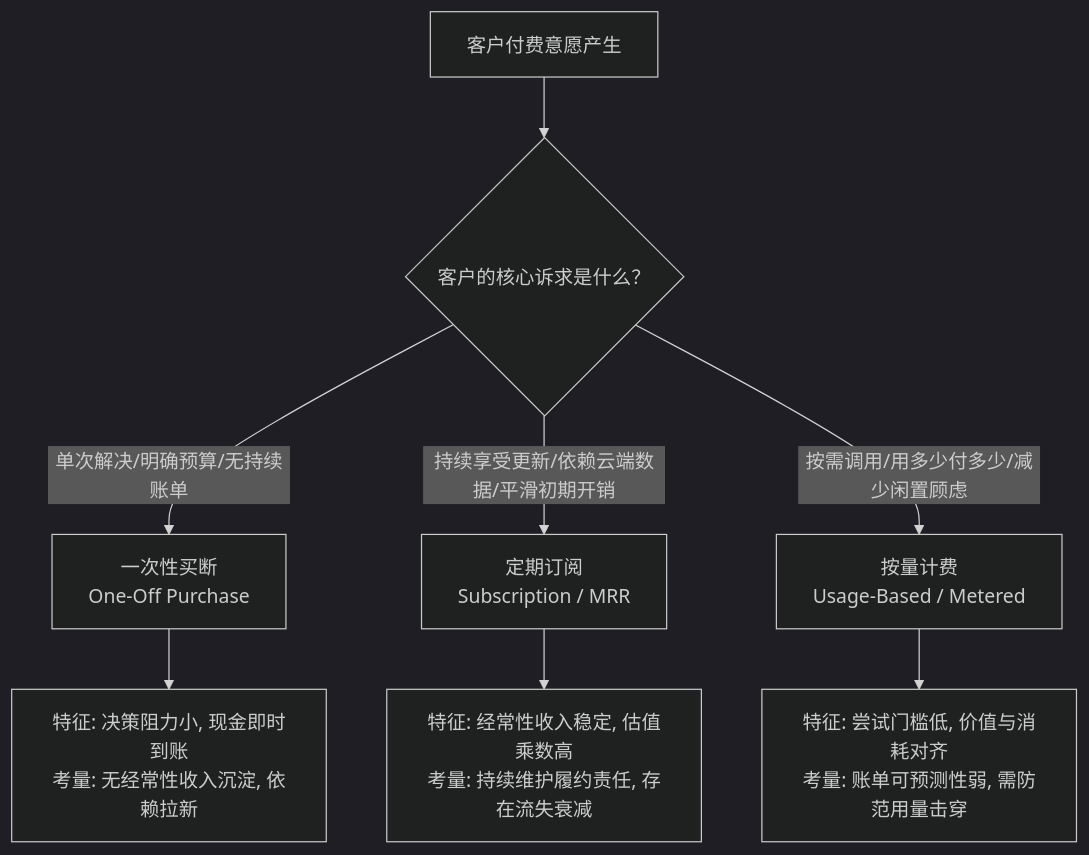
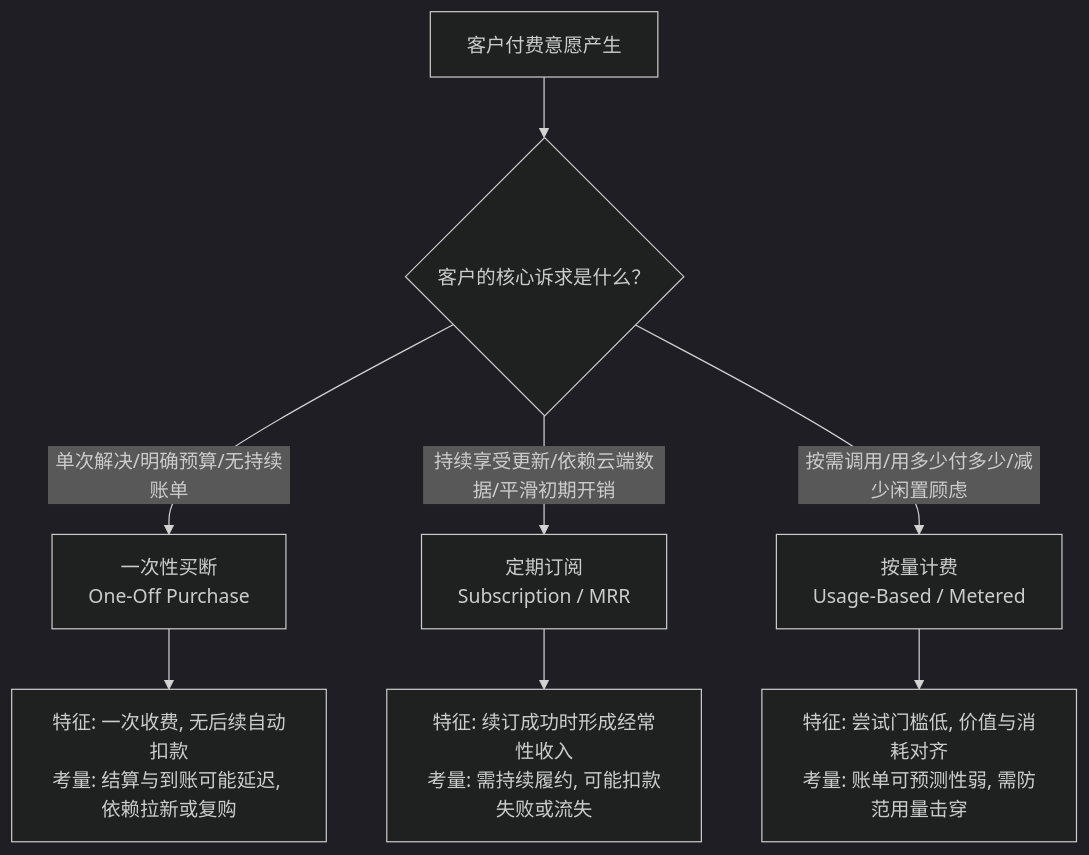
The first of 9 diagrams in cross-border-business/01-opportunity-market/docs/CHAPTER5_FINAL_SEALED.md (entropy-student/project), drawn with Mermaid (dark theme) before and after one commit. The commit also changed other lines of this file, not shown here.

````diff
--- a/cross-border-business/01-opportunity-market/docs/CHAPTER5_FINAL_SEALED.md
+++ b/cross-border-business/01-opportunity-market/docs/CHAPTER5_FINAL_SEALED.md
@@ -77,11 +77,11 @@
 ```mermaid
 flowchart TD
     A[客户付费意愿产生] --> B{客户的核心诉求是什么？}
     B -->|单次解决/明确预算/无持续账单| C[一次性买断<br/>One-Off Purchase]
     B -->|持续享受更新/依赖云端数据/平滑初期开销| D[定期订阅<br/>Subscription / MRR]
     B -->|按需调用/用多少付多少/减少闲置顾虑| E[按量计费<br/>Usage-Based / Metered]
 
-    C --> C1[特征: 决策阻力小, 现金即时到账<br/>考量: 无经常性收入沉淀, 依赖拉新]
-    D --> D1[特征: 经常性收入稳定, 估值乘数高<br/>考量: 持续维护履约责任, 存在流失衰减]
+    C --> C1[特征: 一次收费, 无后续自动扣款<br/>考量: 结算与到账可能延迟, 依赖拉新或复购]
+    D --> D1[特征: 续订成功时形成经常性收入<br/>考量: 需持续履约, 可能扣款失败或流失]
     E --> E1[特征: 尝试门槛低, 价值与消耗对齐<br/>考量: 账单可预测性弱, 需防范用量击穿]
 ```
````
